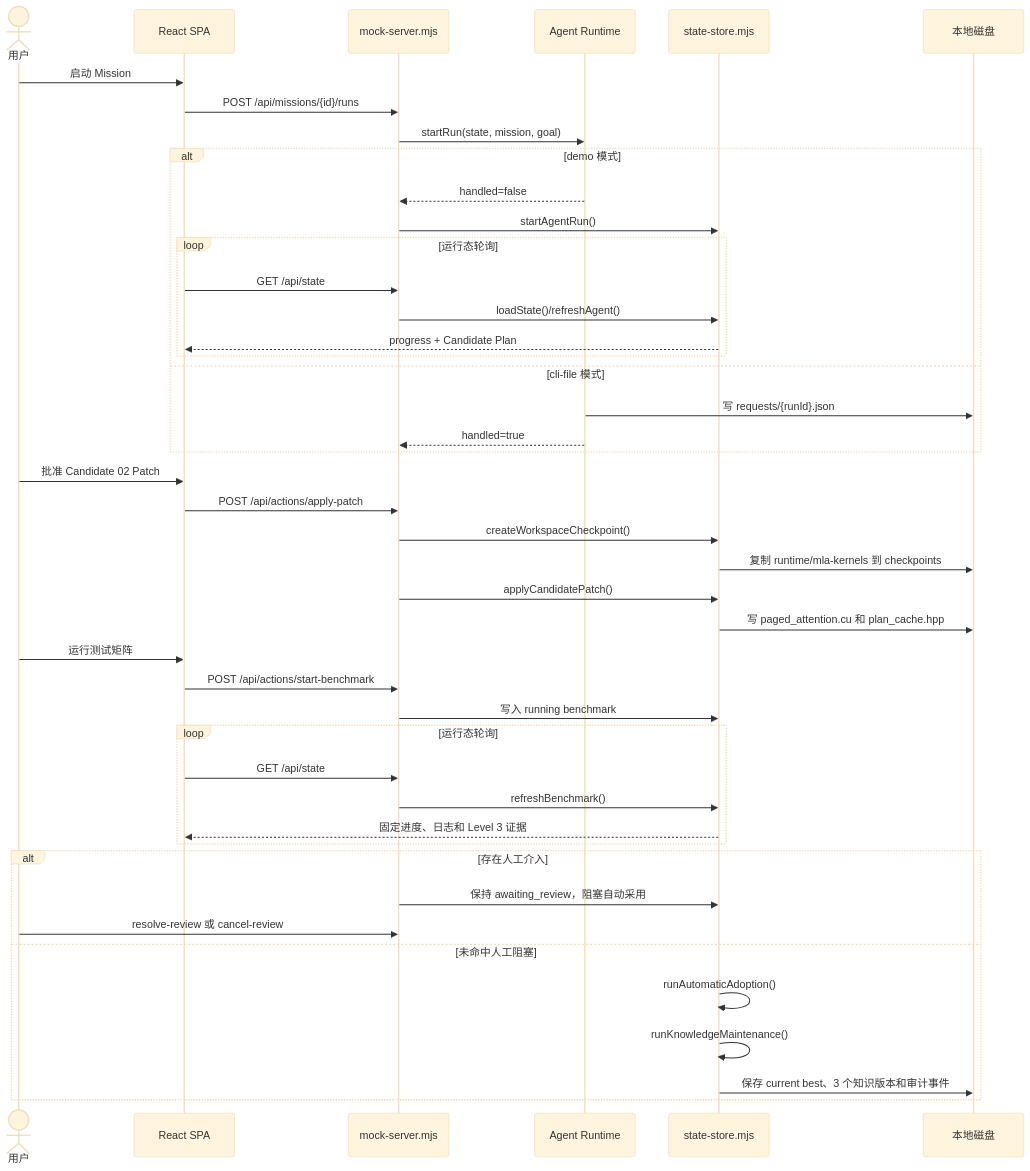
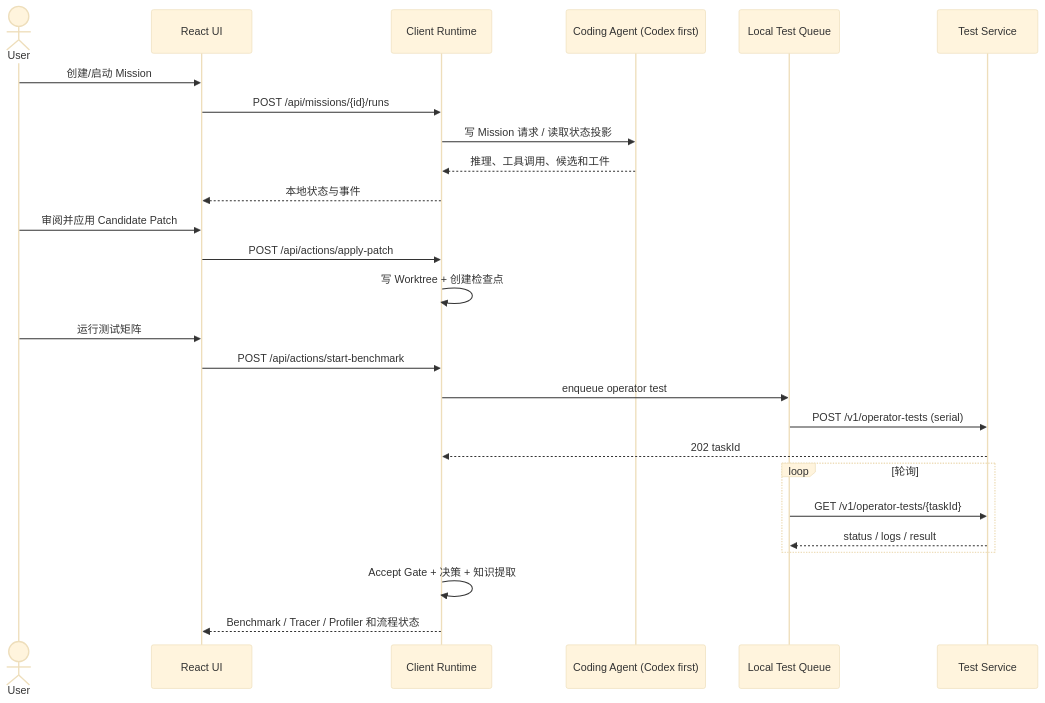
The second of 2 diagrams in for_programmer/ARCHITECTURE.md (Teeeio/Acagemm), drawn with Mermaid (base theme) before and after one commit. The commit also changed other lines of this file and 62 other files, not shown here.

First line of the commit message:
feat: refactor to client-runtime and add researcher sub-agent (Slice 1)

````diff
--- a/for_programmer/ARCHITECTURE.md
+++ b/for_programmer/ARCHITECTURE.md
@@ -63,50 +31,29 @@
 ```mermaid
 sequenceDiagram
-    actor User as 用户
-    participant UI as React SPA
-    participant API as mock-server.mjs
-    participant RT as Agent Runtime
-    participant Store as state-store.mjs
-    participant Disk as 本地磁盘
+  actor User
+  participant UI as React UI
+  participant CR as Client Runtime
+  participant Agent as Coding Agent (Codex first)
+  participant QUEUE as Local Test Queue
+  participant TS as Test Service
 
-    User->>UI: 启动 Mission
-    UI->>API: POST /api/missions/{id}/runs
-    API->>RT: startRun(state, mission, goal)
-    alt demo 模式
-        RT-->>API: handled=false
-        API->>Store: startAgentRun()
-        loop 运行态轮询
-            UI->>API: GET /api/state
-            API->>Store: loadState()/refreshAgent()
-            Store-->>UI: progress + Candidate Plan
-        end
-    else cli-file 模式
-        RT->>Disk: 写 requests/{runId}.json
-        RT-->>API: handled=true
-    end
-
-    User->>UI: 批准 Candidate 02 Patch
-    UI->>API: POST /api/actions/apply-patch
-    API->>Store: createWorkspaceCheckpoint()
-    Store->>Disk: 复制 runtime/mla-kernels 到 checkpoints
-    API->>Store: applyCandidatePatch()
-    Store->>Disk: 写 paged_attention.cu 和 plan_cache.hpp
-
-    User->>UI: 运行测试矩阵
-    UI->>API: POST /api/actions/start-benchmark
-    API->>Store: 写入 running benchmark
-    loop 运行态轮询
-        UI->>API: GET /api/state
-        API->>Store: refreshBenchmark()
-        Store-->>UI: 固定进度、日志和 Level 3 证据
-    end
-
-    alt 存在人工介入
-        API->>Store: 保持 awaiting_review，阻塞自动采用
-        User->>API: resolve-review 或 cancel-review
-    else 未命中人工阻塞
-        Store->>Store: runAutomaticAdoption()
-        Store->>Store: runKnowledgeMaintenance()
-        Store->>Disk: 保存 current best、3 个知识版本和审计事件
-    end
+  User->>UI: 创建/启动 Mission
+  UI->>CR: POST /api/missions/{id}/runs
+  CR->>Agent: 写 Mission 请求 / 读取状态投影
+  Agent-->>CR: 推理、工具调用、候选和工件
+  CR-->>UI: 本地状态与事件
+  User->>UI: 审阅并应用 Candidate Patch
+  UI->>CR: POST /api/actions/apply-patch
+  CR->>CR: 写 Worktree + 创建检查点
+  User->>UI: 运行测试矩阵
+  UI->>CR: POST /api/actions/start-benchmark
+  CR->>QUEUE: enqueue operator test
+  QUEUE->>TS: POST /v1/operator-tests (serial)
+  TS-->>CR: 202 taskId
+  loop 轮询
+    QUEUE->>TS: GET /v1/operator-tests/{taskId}
+    TS-->>QUEUE: status / logs / result
+  end
+  CR->>CR: Accept Gate + 决策 + 知识提取
+  CR-->>UI: Benchmark / Tracer / Profiler 和流程状态
 ```
````
